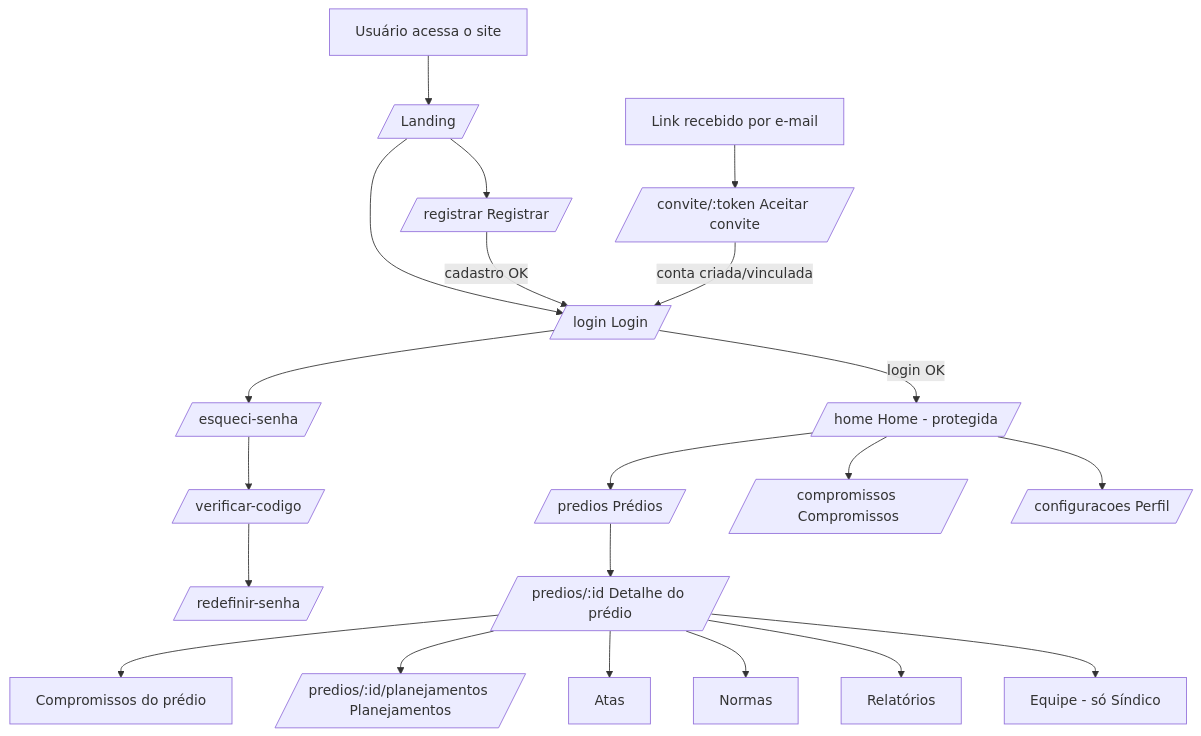
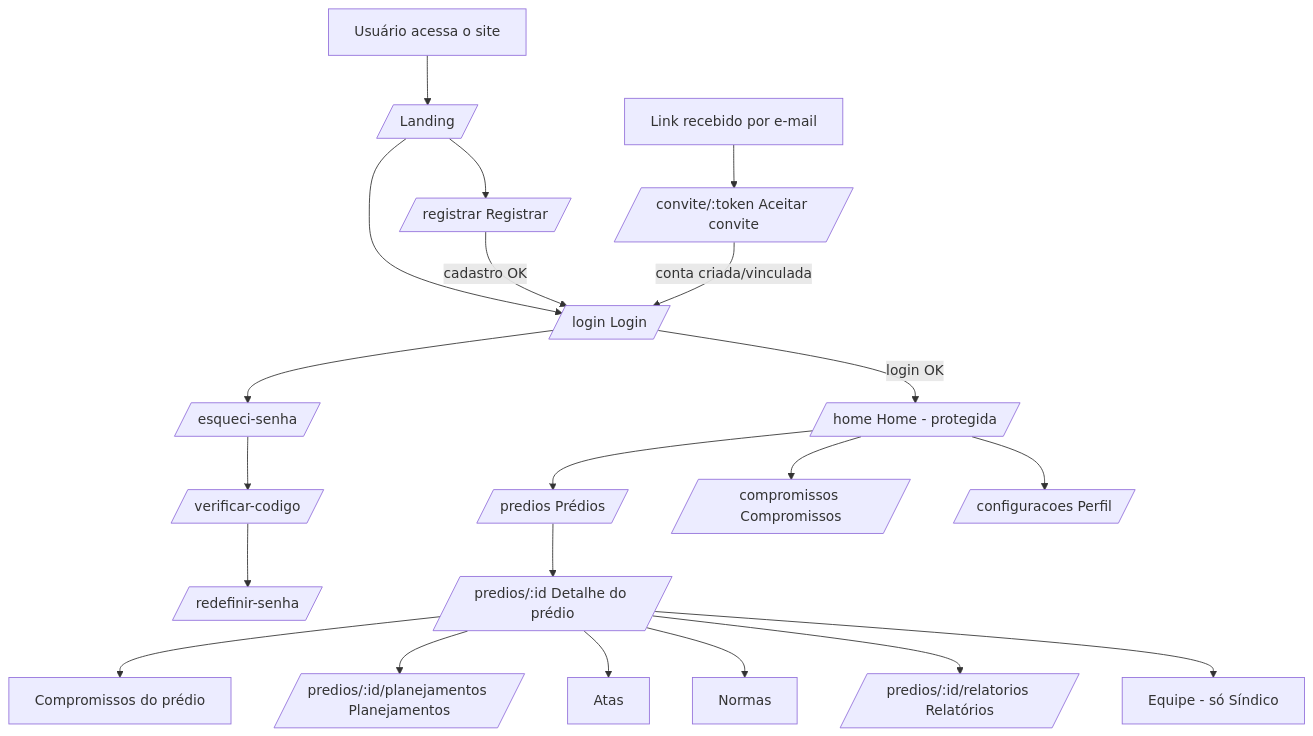
One commit to pdrollucas/euSindico changed the first of 2 diagrams in frontend/documentation/ARCHITECTURE.md. Above: the diagram before and after it, drawn with Mermaid. The commit also changed other lines of this file and 19 other files, not shown here.

````diff
--- a/frontend/documentation/ARCHITECTURE.md
+++ b/frontend/documentation/ARCHITECTURE.md
@@ -137,27 +148,27 @@
 ```mermaid
 flowchart TD
     A[Usuário acessa o site] --> B[/ Landing/]
     B --> C[/login Login/]
     B --> D[/registrar Registrar/]
     C --> E[/esqueci-senha/]
     E --> F[/verificar-codigo/]
     F --> G[/redefinir-senha/]
 
     C -->|login OK| H[/home Home - protegida/]
     D -->|cadastro OK| C
 
     H --> I[/predios Prédios/]
     H --> J[/compromissos Compromissos/]
     H --> K[/configuracoes Perfil/]
 
     I --> L[/predios/:id Detalhe do prédio/]
     L --> M[Compromissos do prédio]
     L --> N[/predios/:id/planejamentos Planejamentos/]
     L --> O[Atas]
     L --> P[Normas]
-    L --> Q[Relatórios]
+    L --> Q[/predios/:id/relatorios Relatórios/]
     L --> R[Equipe - só Síndico]
 
     Z[Link recebido por e-mail] --> Y[/convite/:token Aceitar convite/]
     Y -->|conta criada/vinculada| C
 ```
````
